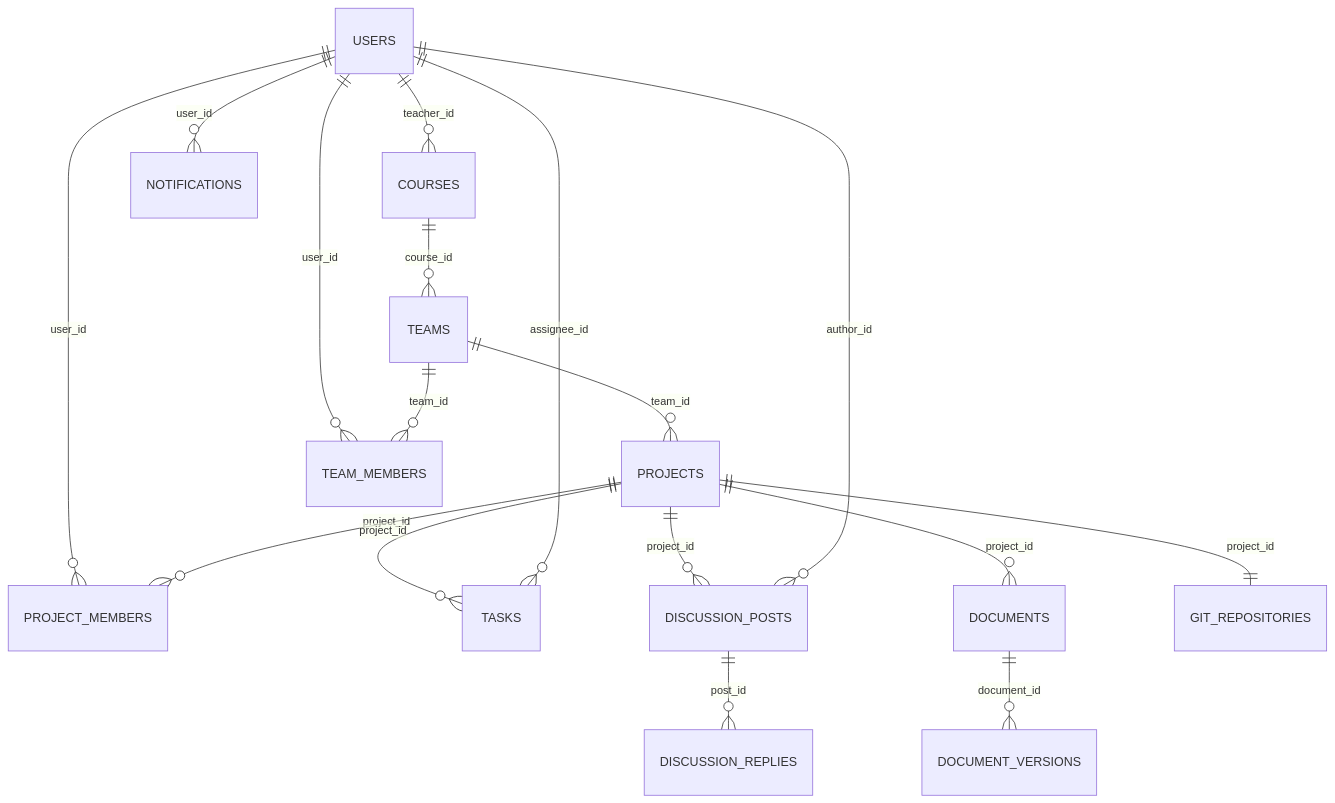
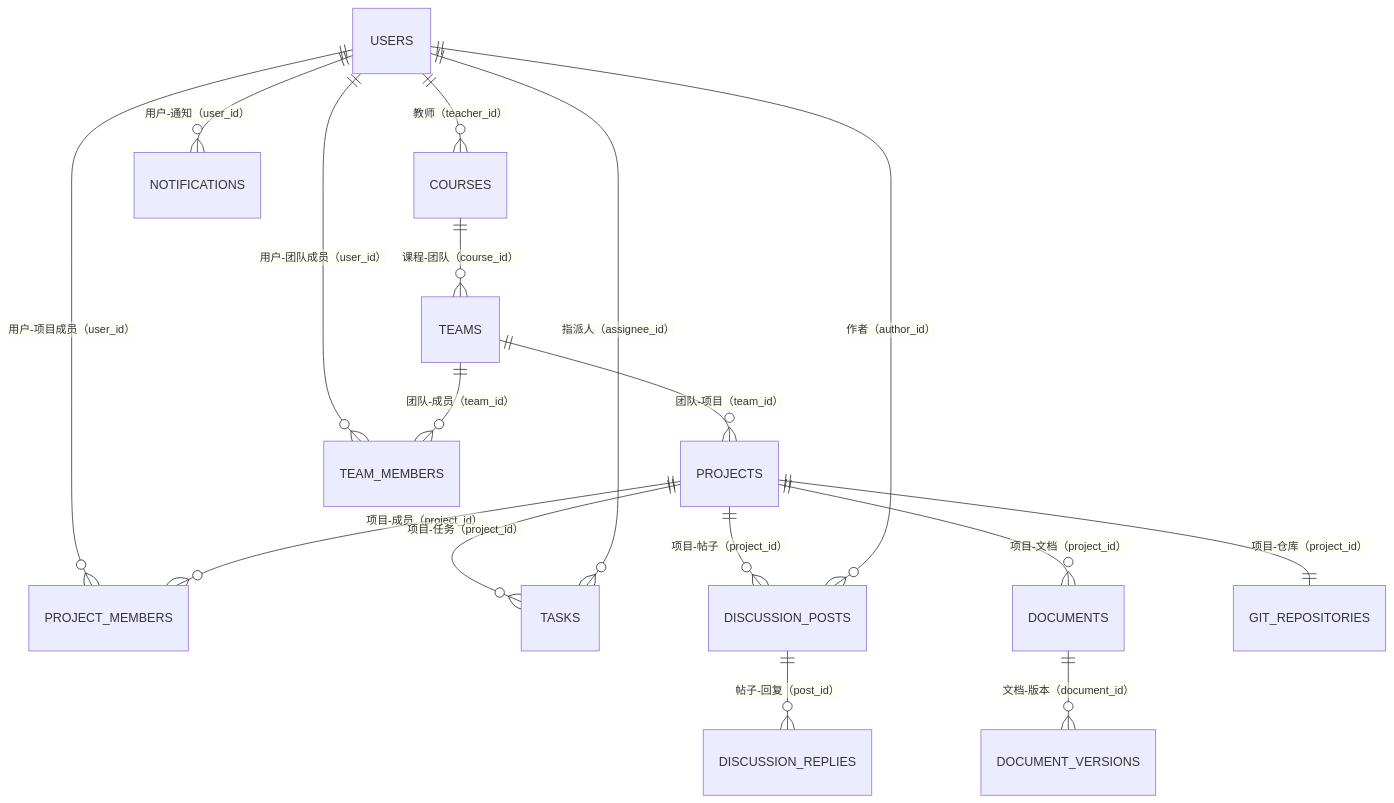
Before and after one commit to moduqishi/educollab: the sixth of 6 diagrams in README.md, drawn with Mermaid. The commit also changed other lines of this file, not shown here.

Commit message:
Localize Mermaid diagrams to Chinese

````diff
--- a/README.md
+++ b/README.md
@@ -202,25 +202,25 @@
 ```mermaid
 erDiagram
-  USERS ||--o{ COURSES : "teacher_id"
-  COURSES ||--o{ TEAMS : "course_id"
-  TEAMS ||--o{ PROJECTS : "team_id"
+  USERS ||--o{ COURSES : "教师（teacher_id）"
+  COURSES ||--o{ TEAMS : "课程-团队（course_id）"
+  TEAMS ||--o{ PROJECTS : "团队-项目（team_id）"
 
-  USERS ||--o{ TEAM_MEMBERS : "user_id"
-  TEAMS ||--o{ TEAM_MEMBERS : "team_id"
+  USERS ||--o{ TEAM_MEMBERS : "用户-团队成员（user_id）"
+  TEAMS ||--o{ TEAM_MEMBERS : "团队-成员（team_id）"
 
-  USERS ||--o{ PROJECT_MEMBERS : "user_id"
-  PROJECTS ||--o{ PROJECT_MEMBERS : "project_id"
+  USERS ||--o{ PROJECT_MEMBERS : "用户-项目成员（user_id）"
+  PROJECTS ||--o{ PROJECT_MEMBERS : "项目-成员（project_id）"
 
-  PROJECTS ||--o{ TASKS : "project_id"
-  USERS ||--o{ TASKS : "assignee_id"
+  PROJECTS ||--o{ TASKS : "项目-任务（project_id）"
+  USERS ||--o{ TASKS : "指派人（assignee_id）"
 
-  PROJECTS ||--o{ DISCUSSION_POSTS : "project_id"
-  USERS ||--o{ DISCUSSION_POSTS : "author_id"
-  DISCUSSION_POSTS ||--o{ DISCUSSION_REPLIES : "post_id"
+  PROJECTS ||--o{ DISCUSSION_POSTS : "项目-帖子（project_id）"
+  USERS ||--o{ DISCUSSION_POSTS : "作者（author_id）"
+  DISCUSSION_POSTS ||--o{ DISCUSSION_REPLIES : "帖子-回复（post_id）"
 
-  PROJECTS ||--o{ DOCUMENTS : "project_id"
-  DOCUMENTS ||--o{ DOCUMENT_VERSIONS : "document_id"
+  PROJECTS ||--o{ DOCUMENTS : "项目-文档（project_id）"
+  DOCUMENTS ||--o{ DOCUMENT_VERSIONS : "文档-版本（document_id）"
 
-  PROJECTS ||--|| GIT_REPOSITORIES : "project_id"
-  USERS ||--o{ NOTIFICATIONS : "user_id"
+  PROJECTS ||--|| GIT_REPOSITORIES : "项目-仓库（project_id）"
+  USERS ||--o{ NOTIFICATIONS : "用户-通知（user_id）"
 ```
````
